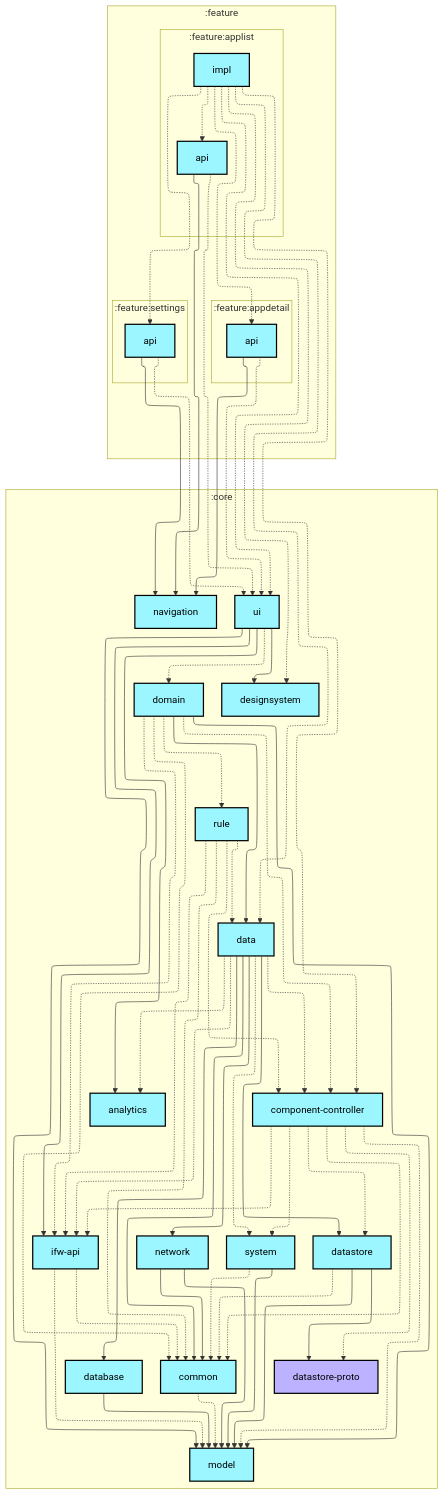
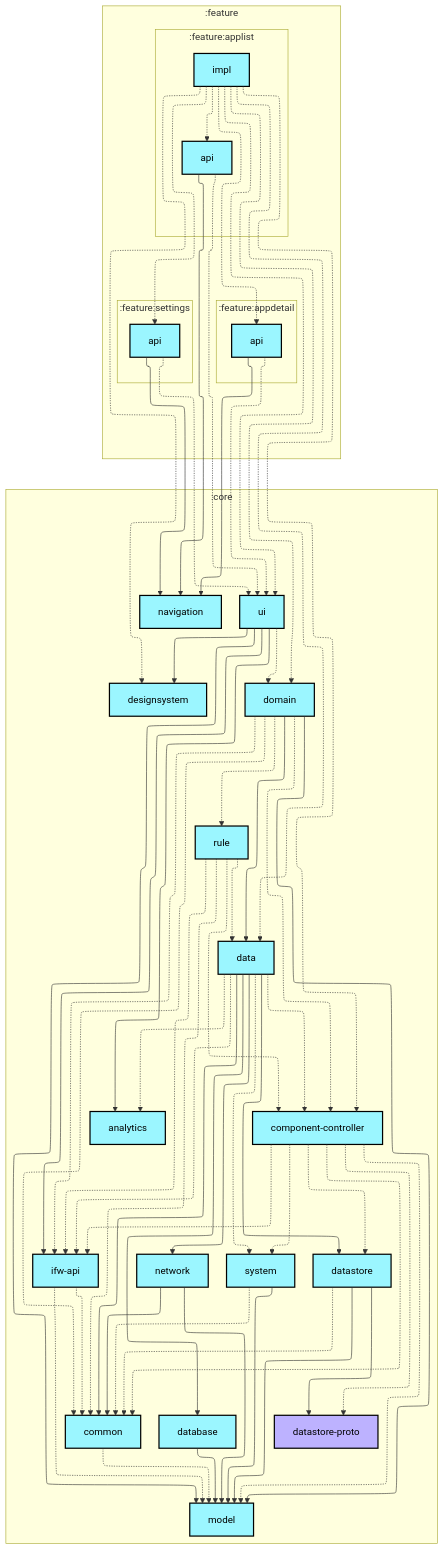
One commit to lihenggui/blocker changed the first of 2 diagrams in feature/applist/impl/README.md. Above: the diagram before and after it, drawn with Mermaid. The commit also changed 11 other files, not shown here.

First line of the commit message:
Drop the unused clear data question and update the module graphs

```diff
--- a/feature/applist/impl/README.md
+++ b/feature/applist/impl/README.md
@@ -94,6 +94,7 @@
   :feature:applist:impl -.-> :core:component-controller
   :feature:applist:impl -.-> :core:data
   :feature:applist:impl -.-> :core:designsystem
+  :feature:applist:impl -.-> :core:domain
   :feature:applist:impl -.-> :core:ui
   :feature:applist:impl -.-> :feature:appdetail:api
   :feature:applist:impl -.-> :feature:applist:api
```
